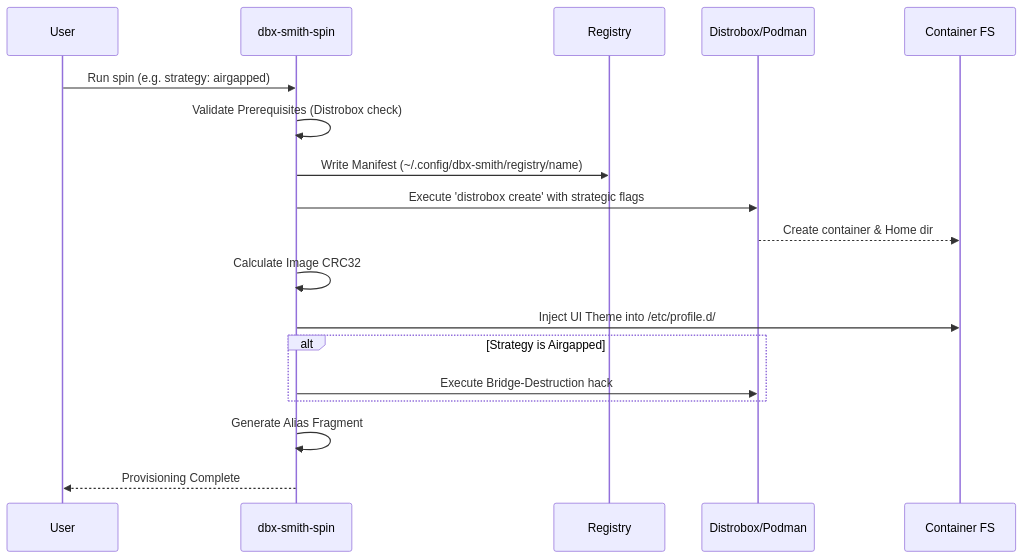
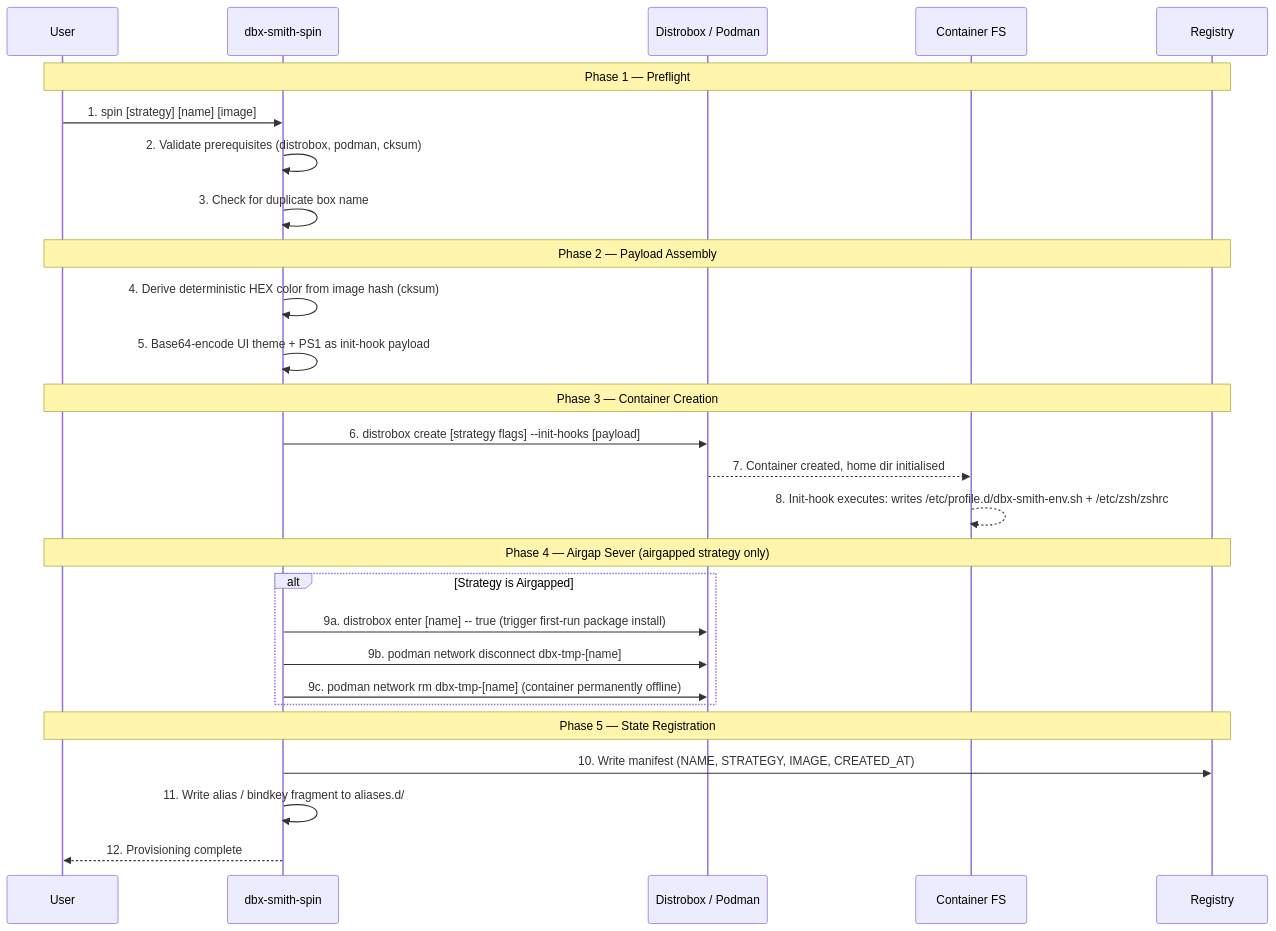
One commit to arijit1begins/dbx-smith changed the second of 2 diagrams in docs/docs/architecture.md. Above: the diagram before and after it, drawn with Mermaid. The commit also changed other lines of this file and 6 other files, not shown here.

````diff
--- a/docs/docs/architecture.md
+++ b/docs/docs/architecture.md
@@ -104,21 +76,35 @@
 ```mermaid
+%%{init: {"themeVariables": {"fontSize": "16px"}}}%%
 sequenceDiagram
     participant U as User
     participant S as dbx-smith-spin
+    participant D as Distrobox / Podman
+    participant C as Container FS
     participant R as Registry
-    participant D as Distrobox/Podman
-    participant C as Container FS
 
-    U->>S: Run spin (e.g. strategy: airgapped)
-    S->>S: Validate Prerequisites (Distrobox check)
-    S->>R: Write Manifest (~/.config/dbx-smith/registry/name)
-    S->>D: Execute 'distrobox create' with strategic flags
-    D-->>C: Create container & Home dir
-    S->>S: Calculate Image CRC32
-    S->>C: Inject UI Theme into /etc/profile.d/
+    note over U,R: Phase 1 — Preflight
+    U->>S: 1. spin [strategy] [name] [image]
+    S->>S: 2. Validate prerequisites (distrobox, podman, cksum)
+    S->>S: 3. Check for duplicate box name
+
+    note over U,R: Phase 2 — Payload Assembly
+    S->>S: 4. Derive deterministic HEX color from image hash (cksum)
+    S->>S: 5. Base64-encode UI theme + PS1 as init-hook payload
+
+    note over U,R: Phase 3 — Container Creation
+    S->>D: 6. distrobox create [strategy flags] --init-hooks [payload]
+    D-->>C: 7. Container created, home dir initialised
+    C-->>C: 8. Init-hook executes: writes /etc/profile.d/dbx-smith-env.sh + /etc/zsh/zshrc
+
+    note over U,R: Phase 4 — Airgap Sever (airgapped strategy only)
     alt Strategy is Airgapped
-        S->>D: Execute Bridge-Destruction hack
+        S->>D: 9a. distrobox enter [name] -- true (trigger first-run package install)
+        S->>D: 9b. podman network disconnect dbx-tmp-[name]
+        S->>D: 9c. podman network rm dbx-tmp-[name] (container permanently offline)
     end
-    S->>S: Generate Alias Fragment
-    S-->>U: Provisioning Complete
+
+    note over U,R: Phase 5 — State Registration
+    S->>R: 10. Write manifest (NAME, STRATEGY, IMAGE, CREATED_AT)
+    S->>S: 11. Write alias / bindkey fragment to aliases.d/
+    S-->>U: 12. Provisioning complete
 ```
````
